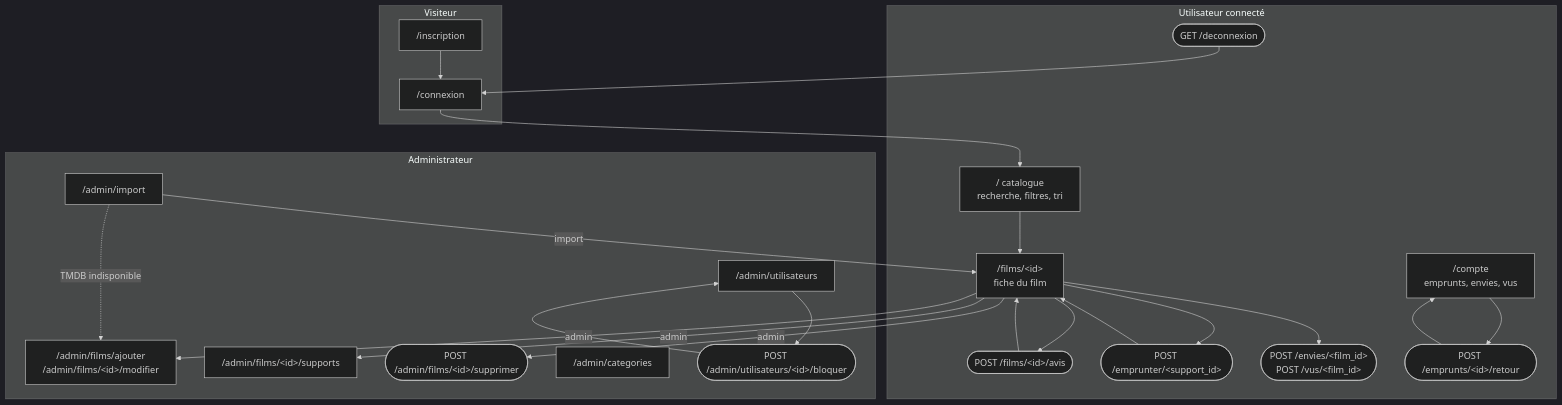
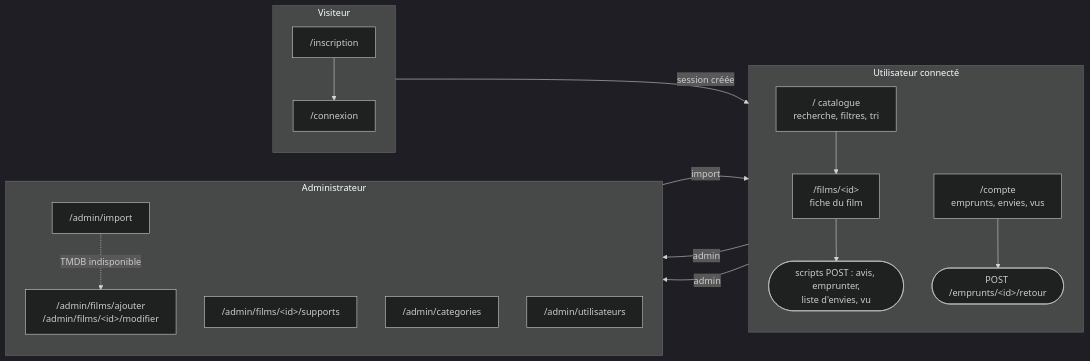
Before and after one commit to L4Curtis/videotek-serveur: the second of 3 diagrams in README.md, drawn with Mermaid (dark theme). The commit also changed other lines of this file, not shown here.

Commit message:
Améliore la lisibilité des diagrammes Mermaid du README

````diff
--- a/README.md
+++ b/README.md
@@ -46,35 +42,26 @@
 ```mermaid
-flowchart TB
-    subgraph visiteur["Visiteur"]
-        cx["/connexion"]
-        ins["/inscription"]
+flowchart LR
+    subgraph V["Visiteur"]
+        direction TB
+        ins["/inscription"] --> cx["/connexion"]
     end
-    subgraph utilisateur["Utilisateur connecté"]
-        cat["/ catalogue<br/>recherche, filtres, tri"]
-        fiche["/films/#lt;id#gt;<br/>fiche du film"]
-        compte["/compte<br/>emprunts, envies, vus"]
-        avis(["POST /films/#lt;id#gt;/avis"])
-        emp(["POST /emprunter/#lt;support_id#gt;"])
-        env(["POST /envies/#lt;film_id#gt;<br/>POST /vus/#lt;film_id#gt;"])
-        ret(["POST /emprunts/#lt;id#gt;/retour"])
-        deco(["GET /deconnexion"])
+    subgraph U["Utilisateur connecté"]
+        direction TB
+        cat["/ catalogue<br/>recherche, filtres, tri"] --> fiche["/films/#lt;id#gt;<br/>fiche du film"]
+        fiche --> sf(["scripts POST : avis, emprunter,<br/>liste d'envies, vu"])
+        compte["/compte<br/>emprunts, envies, vus"] --> ret(["POST /emprunts/#lt;id#gt;/retour"])
     end
-    subgraph admin["Administrateur"]
+    subgraph A["Administrateur"]
+        direction TB
         af["/admin/films/ajouter<br/>/admin/films/#lt;id#gt;/modifier"]
         sup["/admin/films/#lt;id#gt;/supports"]
-        del(["POST /admin/films/#lt;id#gt;/supprimer"])
+        imp["/admin/import"]
         cats["/admin/categories"]
-        imp["/admin/import"]
         users["/admin/utilisateurs"]
-        bl(["POST /admin/utilisateurs/#lt;id#gt;/bloquer"])
     end
-    ins --> cx --> cat --> fiche
-    fiche --> avis & emp & env
-    avis & emp --> fiche
-    compte --> ret --> compte
-    fiche -->|admin| af & sup & del
+    cx -->|session créée| cat
+    fiche -->|admin| af
+    fiche -->|admin| sup
     imp -->|import| fiche
-    imp -.->|"TMDB indisponible"| af
-    users --> bl --> users
-    deco --> cx
+    imp -.->|TMDB indisponible| af
 ```
````
